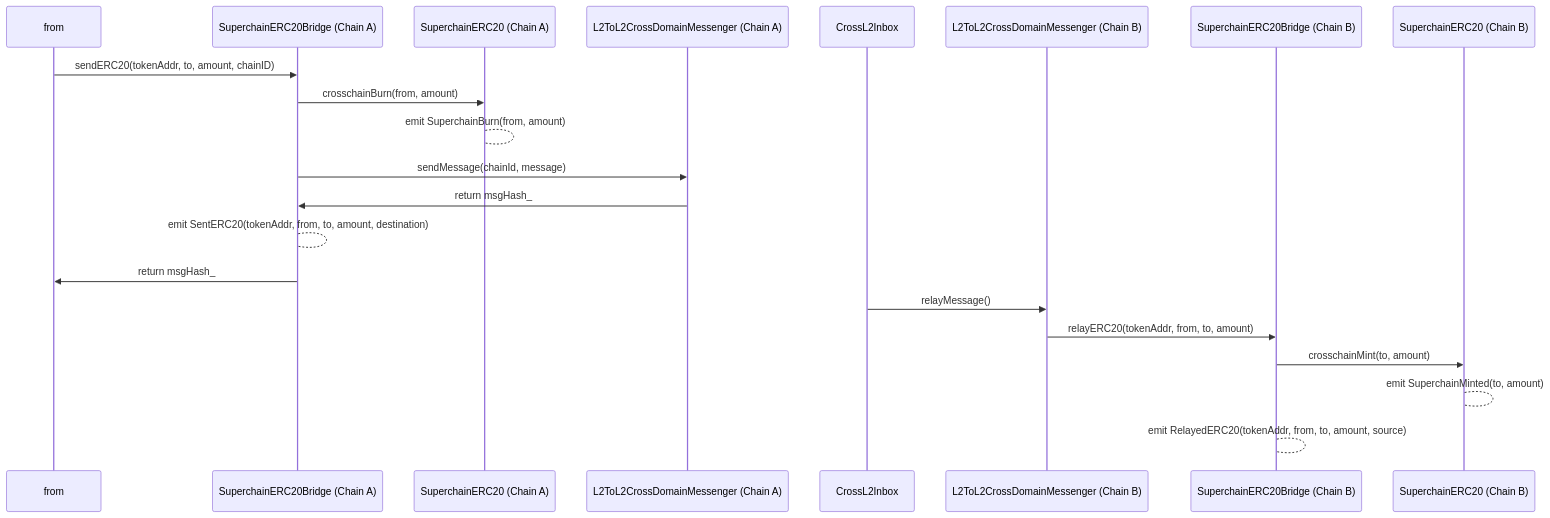
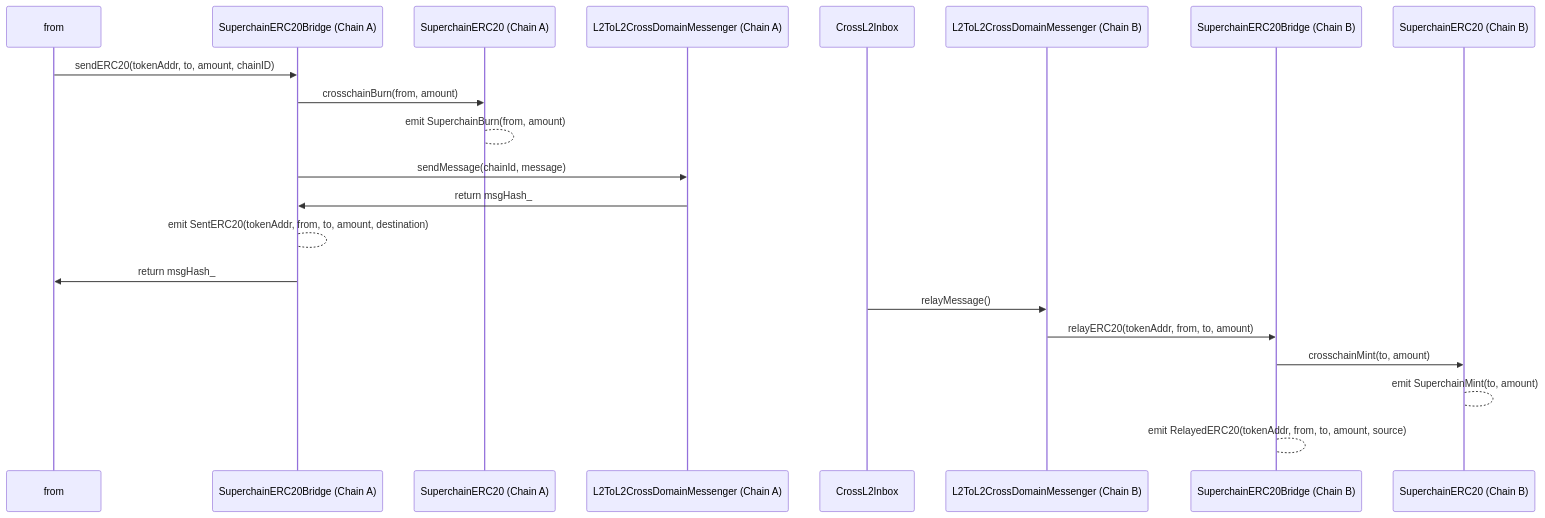
One commit to ethereum-optimism/specs changed the fourth of 4 diagrams in specs/interop/predeploys.md. Above: the diagram before and after it, drawn with Mermaid. The commit also changed 1 other file, not shown here.

Commit message:
feat: changed event tense to present for ICrosschainERC20

````diff
--- a/specs/interop/predeploys.md
+++ b/specs/interop/predeploys.md
@@ -942,24 +942,24 @@
 ```mermaid
 sequenceDiagram
   participant from
   participant L2SBA as SuperchainERC20Bridge (Chain A)
   participant SuperERC20_A as SuperchainERC20 (Chain A)
   participant Messenger_A as L2ToL2CrossDomainMessenger (Chain A)
   participant Inbox as CrossL2Inbox
   participant Messenger_B as L2ToL2CrossDomainMessenger (Chain B)
   participant L2SBB as SuperchainERC20Bridge (Chain B)
   participant SuperERC20_B as SuperchainERC20 (Chain B)
 
   from->>L2SBA: sendERC20(tokenAddr, to, amount, chainID)
   L2SBA->>SuperERC20_A: crosschainBurn(from, amount)
   SuperERC20_A-->SuperERC20_A: emit SuperchainBurn(from, amount)
   L2SBA->>Messenger_A: sendMessage(chainId, message)
   Messenger_A->>L2SBA: return msgHash_ 
   L2SBA-->L2SBA: emit SentERC20(tokenAddr, from, to, amount, destination)
   L2SBA->>from: return msgHash_ 
   Inbox->>Messenger_B: relayMessage()
   Messenger_B->>L2SBB: relayERC20(tokenAddr, from, to, amount)
   L2SBB->>SuperERC20_B: crosschainMint(to, amount)
-  SuperERC20_B-->SuperERC20_B: emit SuperchainMinted(to, amount)
+  SuperERC20_B-->SuperERC20_B: emit SuperchainMint(to, amount)
   L2SBB-->L2SBB: emit RelayedERC20(tokenAddr, from, to, amount, source)
 ```
````
